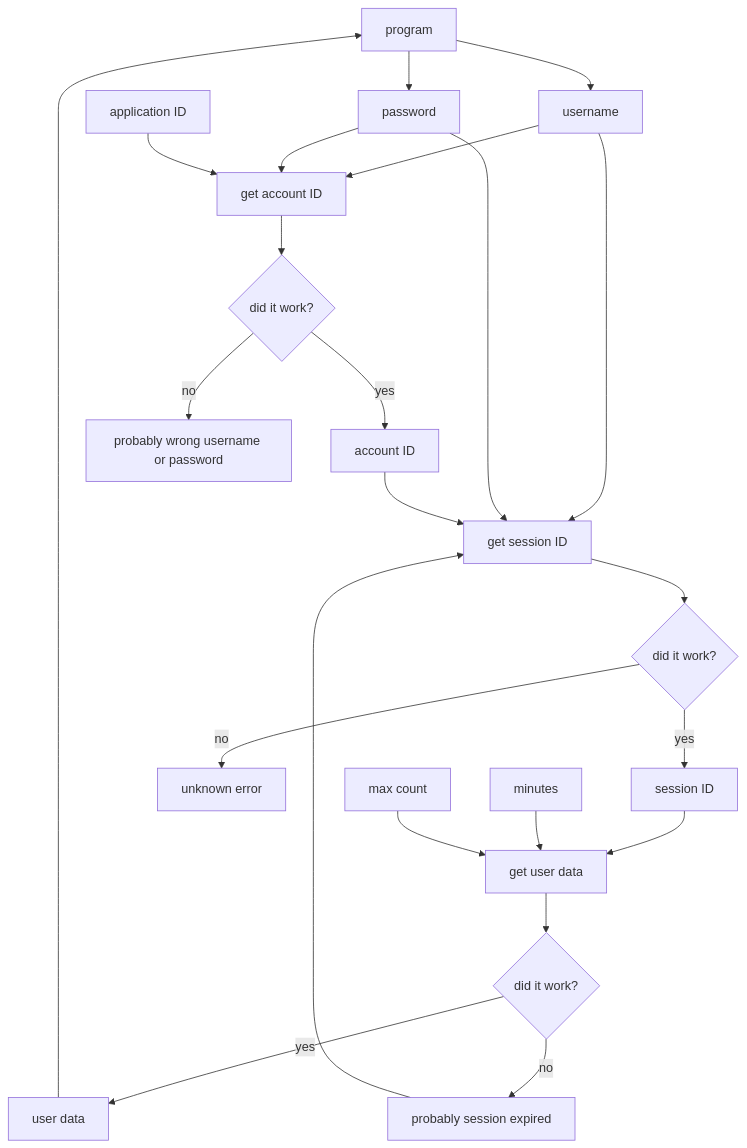
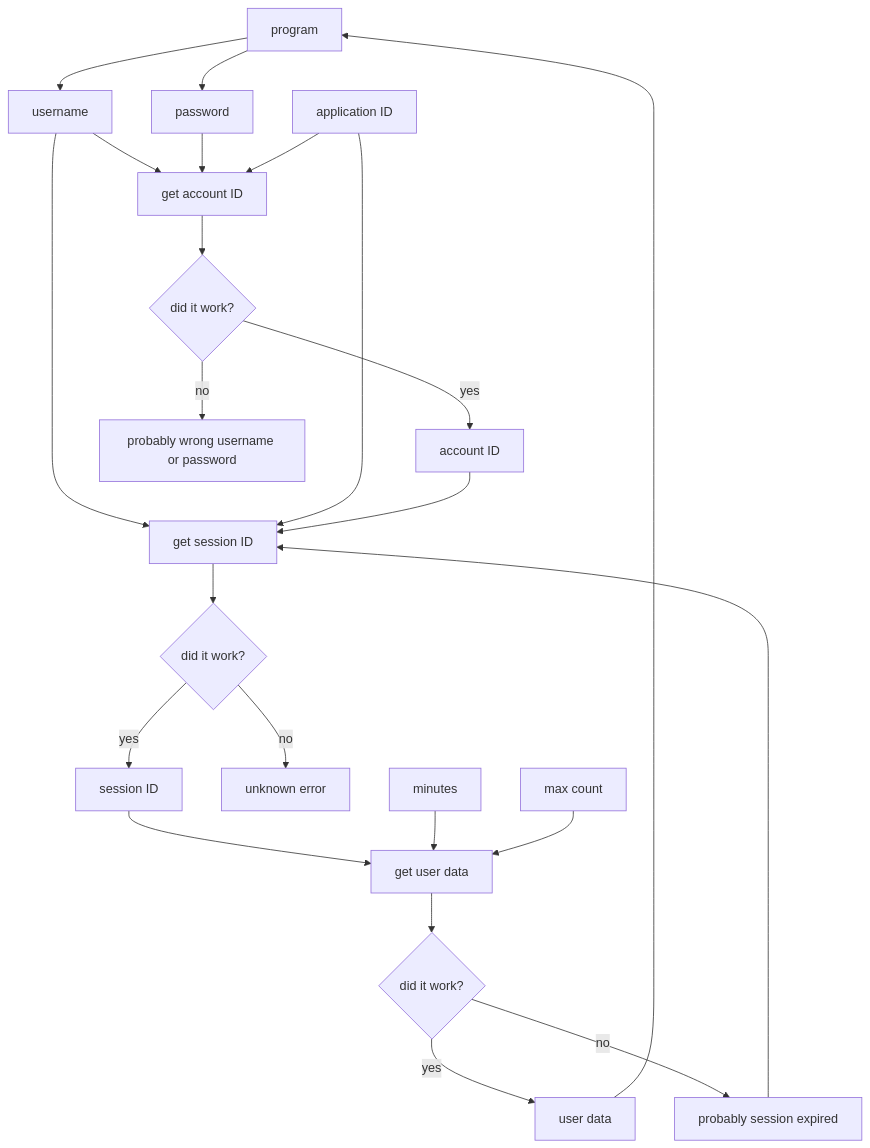
Before and after one commit to Calebh101/dexcom: the diagram in README.md, drawn with Mermaid. The commit also changed other lines of this file, not shown here.

````diff
--- a/README.md
+++ b/README.md
@@ -126,34 +131,34 @@
 ```mermaid
 graph TD;
     1[program]-->A
     1-->B
 
     A[username]-->D
     B[password]-->D
     C[application ID]-->D
 
     A-->F
-    B-->F
+    C-->F
 
     D[get account ID]-->D1
     D1{did it work?}
     D1-->|yes| E
     D1-->|no| D1NM[probably wrong username or password]
     E[account ID]-->F
 
     F[get session ID]-->F1
     F1{did it work?}
     F1-->|yes| G
     F1-->|no| F1NM[unknown error]
     G[session ID]-->H
 
     I[minutes]-->H
     J[max count]-->H
 
     H[get user data]-->H1
     H1{did it work?}
     H1-->|yes| K
     H1-->|no| K1NM[probably session expired]
     K1NM-->F
     K[user data]-->1
 ```
````
